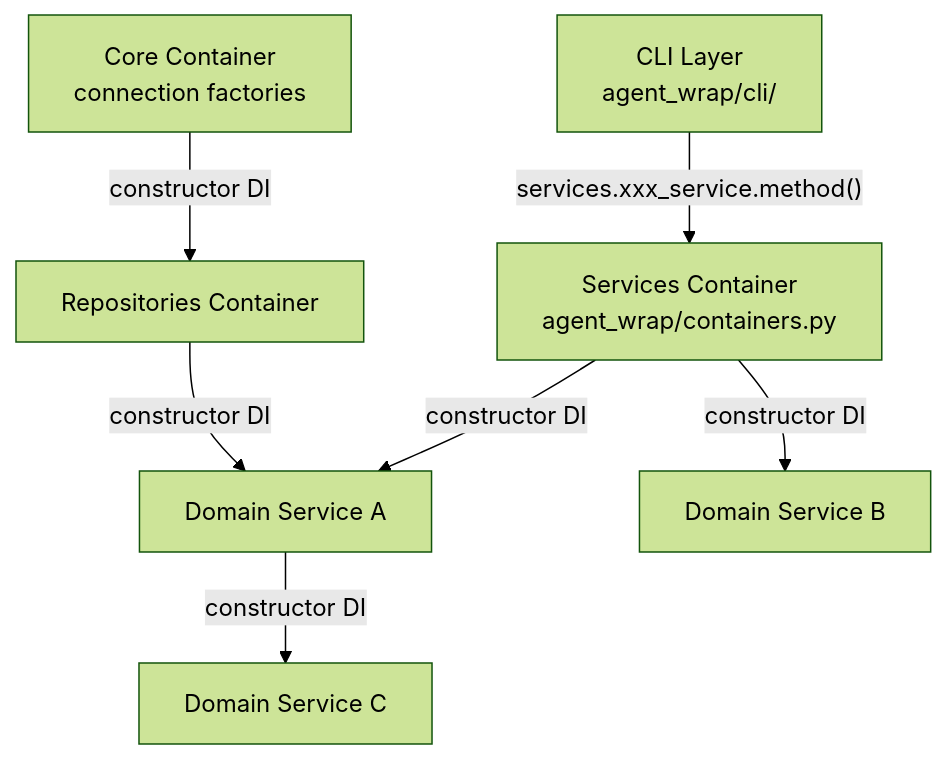
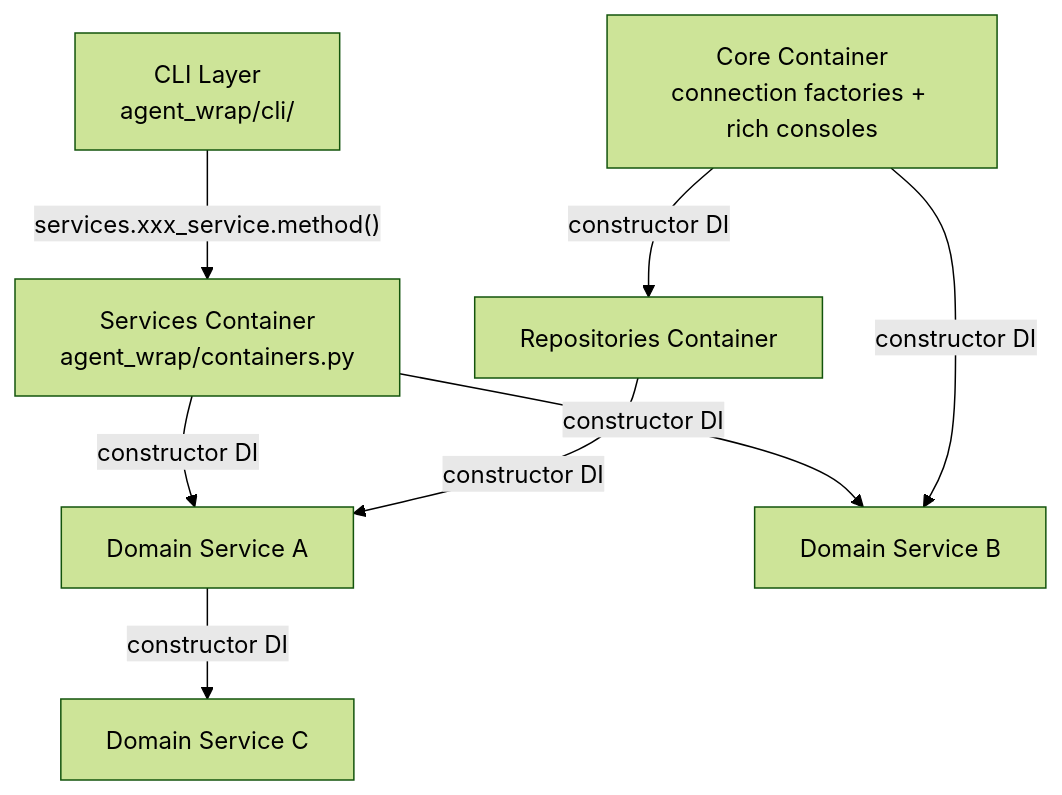
Before and after one commit to mayty/claude-agent-wrap: the diagram in docs/architecture.md, drawn with Mermaid (forest theme). The commit also changed other lines of this file and 24 other files, not shown here.

````diff
--- a/docs/architecture.md
+++ b/docs/architecture.md
@@ -47,9 +48,10 @@
 ```mermaid
 graph TD
     CLI["CLI Layer<br/>agent_wrap/cli/"] -->|"services.xxx_service.method()"| Container["Services Container<br/>agent_wrap/containers.py"]
     Container -->|"constructor DI"| SvcA["Domain Service A"]
     Container -->|"constructor DI"| SvcB["Domain Service B"]
     SvcA -->|"constructor DI"| SvcC["Domain Service C"]
     Repos["Repositories Container"] -->|"constructor DI"| SvcA
-    Core["Core Container<br/>connection factories"] -->|"constructor DI"| Repos
+    Core["Core Container<br/>connection factories + rich consoles"] -->|"constructor DI"| Repos
+    Core -->|"constructor DI"| SvcB
 ```
````
